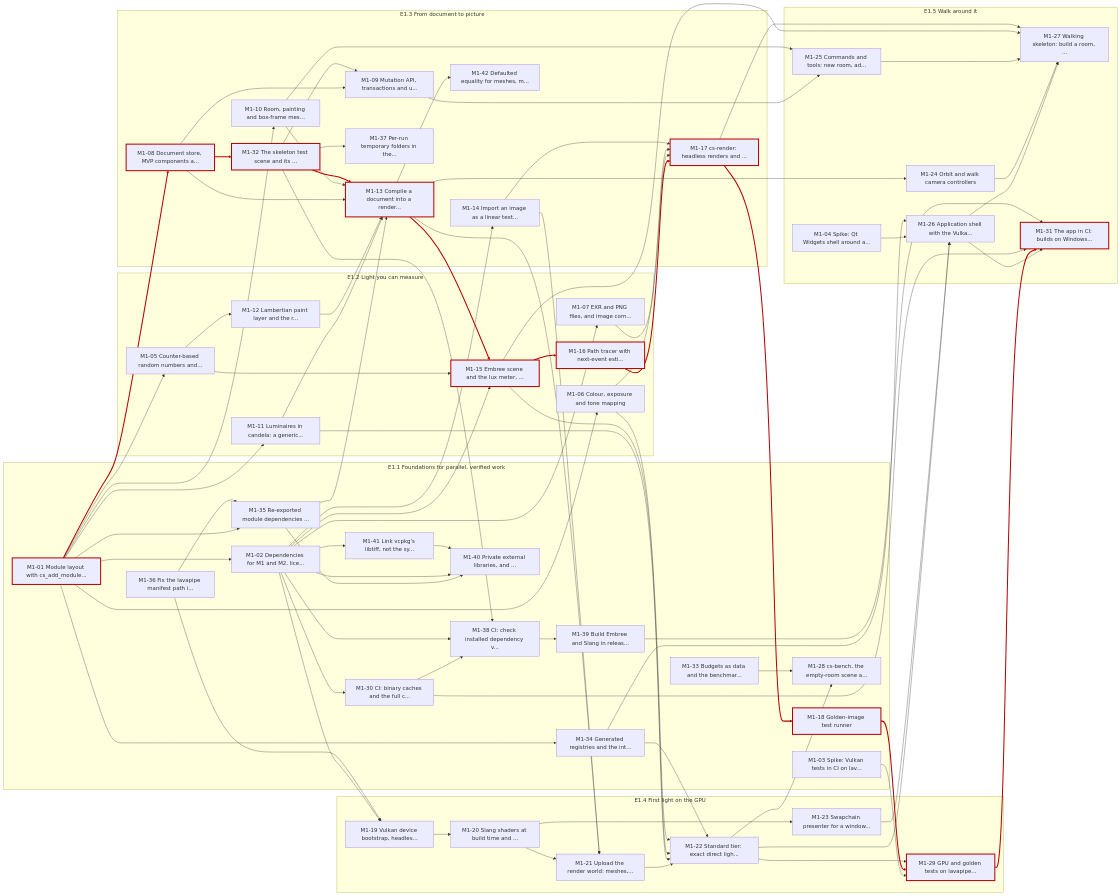
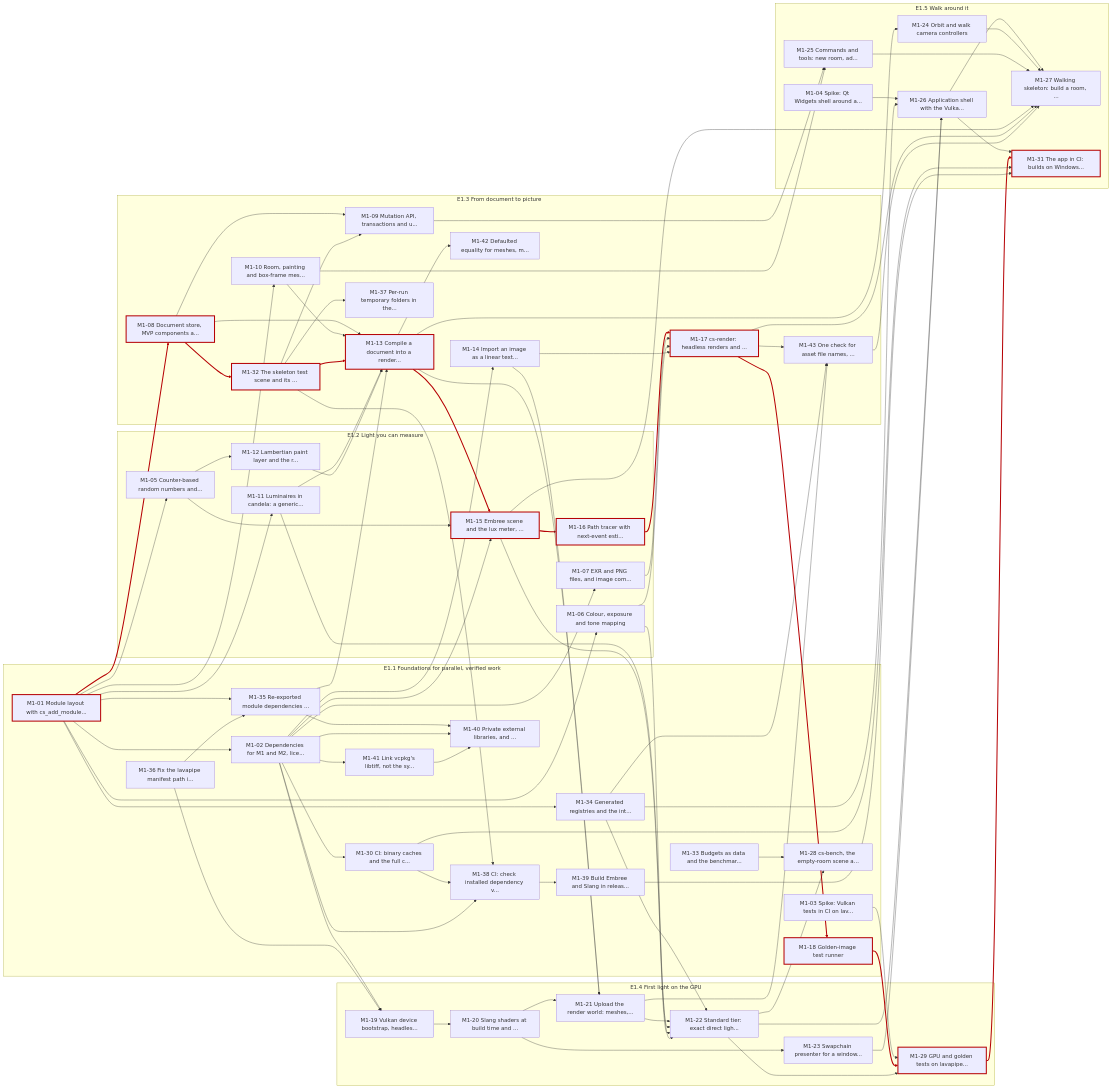
Before and after one commit to groundbeeflover/curation_sandbox: the second of 3 diagrams in docs/roadmap.md, drawn with Mermaid. The commit also changed other lines of this file and 3 other files, not shown here.

````diff
--- a/docs/roadmap.md
+++ b/docs/roadmap.md
@@ -237,6 +238,7 @@
     M1_32["M1-32 The skeleton test scene and its ..."]
     M1_37["M1-37 Per-run temporary folders in the..."]
     M1_42["M1-42 Defaulted equality for meshes, m..."]
+    M1_43["M1-43 One check for asset file names, ..."]
   end
   subgraph E1_4["E1.4 First light on the GPU"]
     M1_19["M1-19 Vulkan device bootstrap, headles..."]
@@ -304,6 +306,7 @@
   M1_25 --> M1_27
   M1_15 --> M1_27
   M1_17 --> M1_27
+  M1_43 --> M1_27
   M1_22 --> M1_28
   M1_33 --> M1_28
   M1_03 --> M1_29
@@ -328,7 +331,10 @@
   M1_41 --> M1_40
   M1_02 --> M1_41
   M1_13 --> M1_42
+  M1_17 --> M1_43
+  M1_21 --> M1_43
+  M1_34 --> M1_43
   classDef crit stroke:#b60205,stroke-width:3px
   class M1_01,M1_08,M1_32,M1_13,M1_15,M1_16,M1_17,M1_18,M1_29,M1_31 crit
-  linkStyle 4,14,17,20,21,25,53,57,60 stroke:#b60205,stroke-width:3px
+  linkStyle 4,14,17,20,21,25,54,58,61 stroke:#b60205,stroke-width:3px
 ```
````
